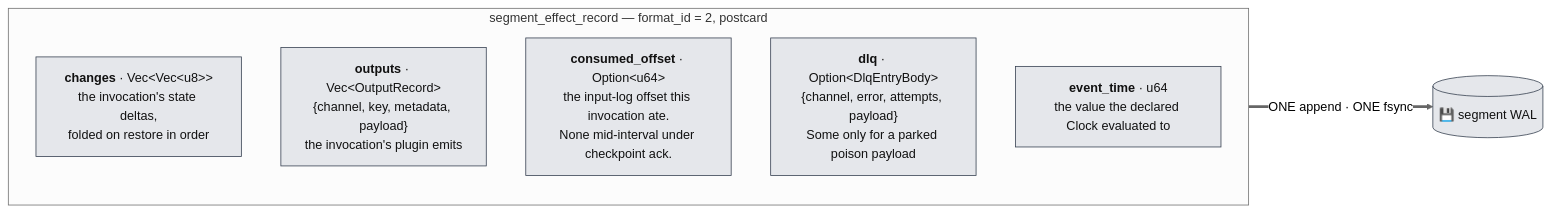
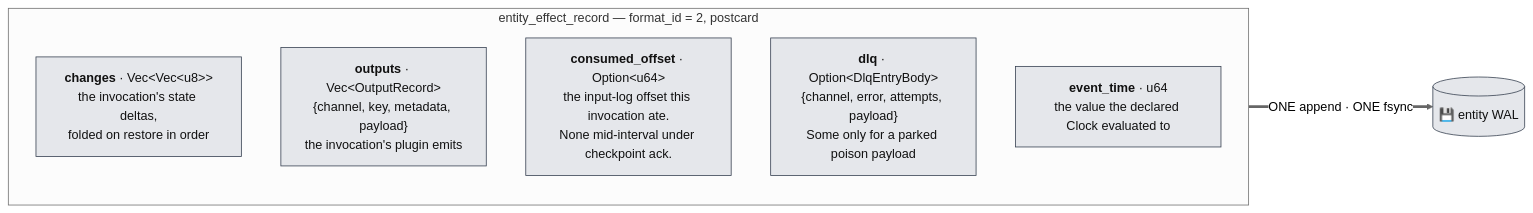
One commit to Flezha/flezha changed the second of 16 diagrams in docs/architecture/kernel.md. Above: the diagram before and after it, drawn with Mermaid (neutral theme). The commit also changed other lines of this file and 658 other files, not shown here.

````diff
--- a/docs/architecture/kernel.md
+++ b/docs/architecture/kernel.md
@@ -110,13 +110,13 @@
 ```mermaid
 flowchart LR
-    subgraph REC["segment_effect_record — format_id = 2, postcard"]
+    subgraph REC["entity_effect_record — format_id = 2, postcard"]
         direction TB
         C1["<b>changes</b> · Vec&lt;Vec&lt;u8&gt;&gt;<br/>the invocation's state deltas,<br/>folded on restore in order"]:::store
         C2["<b>outputs</b> · Vec&lt;OutputRecord&gt;<br/>{channel, key, metadata, payload}<br/>the invocation's plugin emits"]:::store
         C3["<b>consumed_offset</b> · Option&lt;u64&gt;<br/>the input-log offset this invocation ate.<br/>None mid-interval under checkpoint ack."]:::store
         C4["<b>dlq</b> · Option&lt;DlqEntryBody&gt;<br/>{channel, error, attempts, payload}<br/>Some only for a parked poison payload"]:::store
         C5["<b>event_time</b> · u64<br/>the value the declared Clock evaluated to"]:::store
     end
-    REC ==>|"ONE append · ONE fsync"| WAL[("💾 segment WAL")]:::store
+    REC ==>|"ONE append · ONE fsync"| WAL[("💾 entity WAL")]:::store
     classDef store fill:#e5e7eb,stroke:#374151,color:#111
 ```
````
